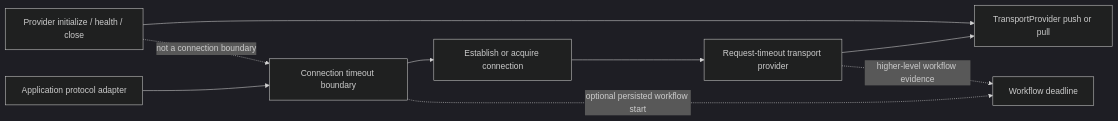
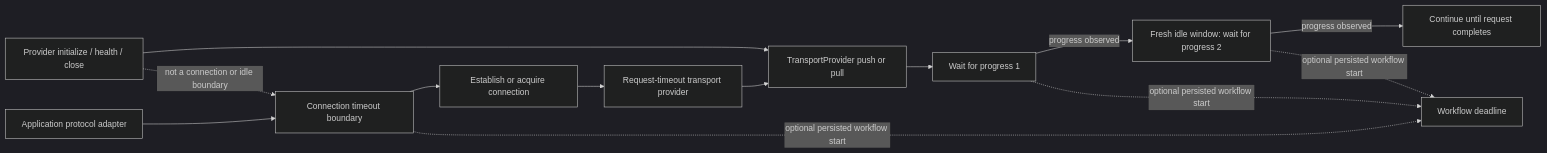
Before and after one commit to dataloom-sdk/dataloom: the diagram in docs/api/transport-protocol-timeouts.md, drawn with Mermaid (dark theme). The commit also changed other lines of this file and 6 other files, not shown here.

First line of the commit message:
DL-040: enforce independent transport idle-progress timeouts (#144)

````diff
--- a/docs/api/transport-protocol-timeouts.md
+++ b/docs/api/transport-protocol-timeouts.md
@@ -76,12 +116,16 @@
 ```mermaid
 flowchart LR
     A[Application protocol adapter] --> C[Connection timeout boundary]
     C --> N[Establish or acquire connection]
     N --> R[Request-timeout transport provider]
     R --> P[TransportProvider push or pull]
+    P --> I1[Wait for progress 1]
+    I1 -->|progress observed| I2[Fresh idle window: wait for progress 2]
+    I2 -->|progress observed| IX[Continue until request completes]
     C -. optional persisted workflow start .-> W[Workflow deadline]
-    R -. higher-level workflow evidence .-> W
+    I1 -. optional persisted workflow start .-> W
+    I2 -. optional persisted workflow start .-> W
 
     L[Provider initialize / health / close] --> P
-    L -. not a connection boundary .-> C
+    L -. not a connection or idle boundary .-> C
 ```
````
